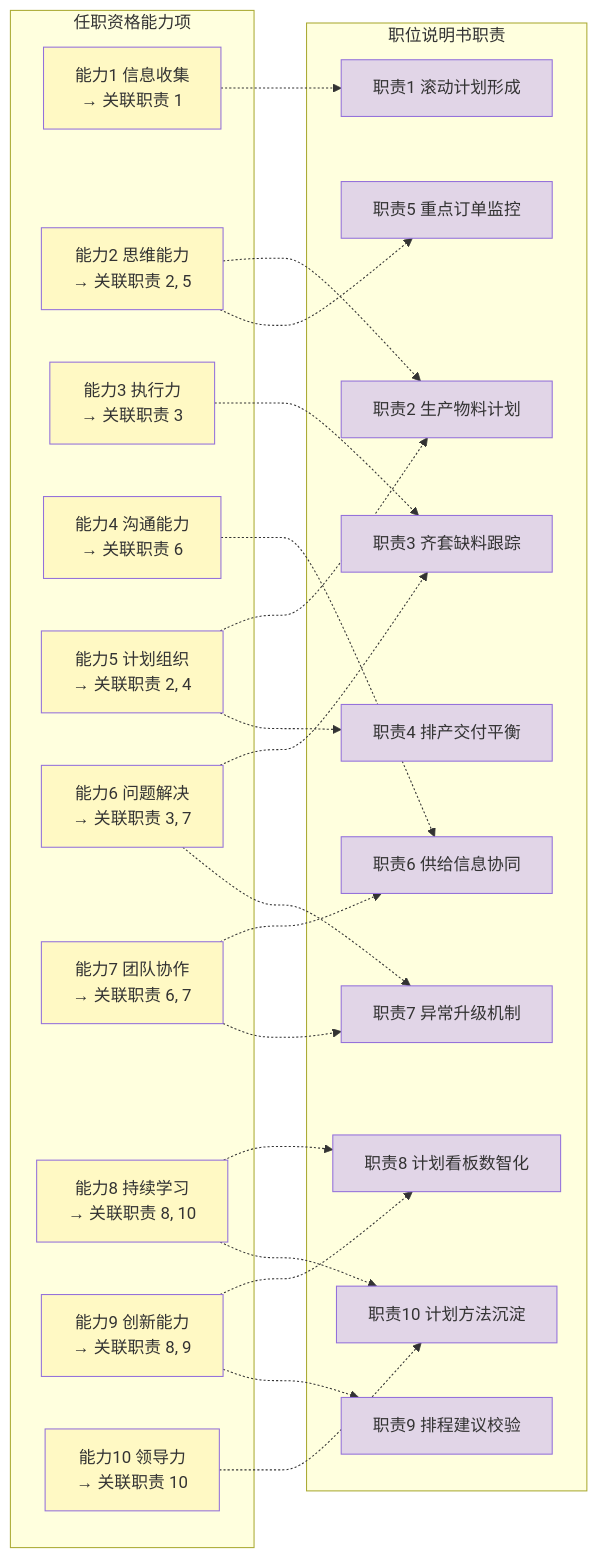
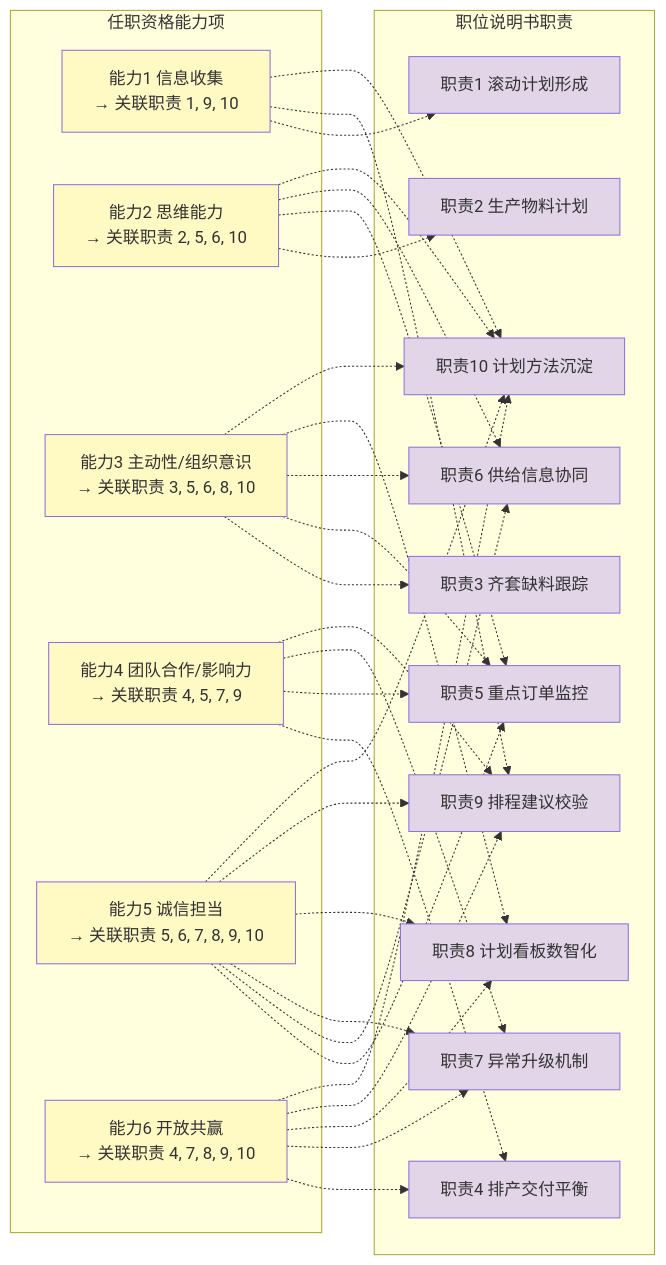
Before and after one commit to Pangbei-WQ/NLIVE-workspace: the fourth of 5 diagrams in raw/知识归档/知识档案/任职资格/PMC经理任职资格/05-关系图谱.md, drawn with Mermaid. The commit also changed other lines of this file and 2 other files, not shown here.

Commit message:
fix: overwrite stale 10-competency model in 05-relation-map to new 6-competency model per 03 standard

````diff
--- a/raw/知识归档/知识档案/任职资格/PMC经理任职资格/05-关系图谱.md
+++ b/raw/知识归档/知识档案/任职资格/PMC经理任职资格/05-关系图谱.md
@@ -172,60 +160,48 @@
 ```mermaid
 graph LR
     subgraph 任职资格能力项
-        Q1[能力1 信息收集<br/>→ 关联职责 1]
-        Q2[能力2 思维能力<br/>→ 关联职责 2, 5]
-        Q3[能力3 执行力<br/>→ 关联职责 3]
-        Q4[能力4 沟通能力<br/>→ 关联职责 6]
-        Q5[能力5 计划组织<br/>→ 关联职责 2, 4]
-        Q6[能力6 问题解决<br/>→ 关联职责 3, 7]
-        Q7[能力7 团队协作<br/>→ 关联职责 6, 7]
-        Q8[能力8 持续学习<br/>→ 关联职责 8, 10]
-        Q9[能力9 创新能力<br/>→ 关联职责 8, 9]
-        Q10[能力10 领导力<br/>→ 关联职责 10]
+        Q1[能力1 信息收集<br/>→ 关联职责 1, 9, 10]
+        Q2[能力2 思维能力<br/>→ 关联职责 2, 5, 6, 10]
+        Q3[能力3 主动性/组织意识<br/>→ 关联职责 3, 5, 6, 8, 10]
+        Q4[能力4 团队合作/影响力<br/>→ 关联职责 4, 5, 7, 9]
+        Q5[能力5 诚信担当<br/>→ 关联职责 5, 6, 7, 8, 9, 10]
+        Q6[能力6 开放共赢<br/>→ 关联职责 4, 7, 8, 9, 10]
     end
 
     subgraph 职位说明书职责
         J1[职责1 滚动计划形成]
         J2[职责2 生产物料计划]
         J3[职责3 齐套缺料跟踪]
         J4[职责4 排产交付平衡]
         J5[职责5 重点订单监控]
         J6[职责6 供给信息协同]
         J7[职责7 异常升级机制]
         J8[职责8 计划看板数智化]
         J9[职责9 排程建议校验]
         J10[职责10 计划方法沉淀]
     end
 
-    Q1 -.-> J1
-    Q2 -.-> J2 & J5
-    Q3 -.-> J3
-    Q4 -.-> J6
-    Q5 -.-> J2 & J4
-    Q6 -.-> J3 & J7
-    Q7 -.-> J6 & J7
-    Q8 -.-> J8 & J10
-    Q9 -.-> J8 & J9
-    Q10 -.-> J10
+    Q1 -.-> J1 & J9 & J10
+    Q2 -.-> J2 & J5 & J6 & J10
+    Q3 -.-> J3 & J5 & J6 & J8 & J10
+    Q4 -.-> J4 & J5 & J7 & J9
+    Q5 -.-> J5 & J6 & J7 & J8 & J9 & J10
+    Q6 -.-> J4 & J7 & J8 & J9 & J10
 
     style Q1 fill:#fff9c4
     style Q2 fill:#fff9c4
     style Q3 fill:#fff9c4
     style Q4 fill:#fff9c4
     style Q5 fill:#fff9c4
     style Q6 fill:#fff9c4
-    style Q7 fill:#fff9c4
-    style Q8 fill:#fff9c4
-    style Q9 fill:#fff9c4
-    style Q10 fill:#fff9c4
     style J1 fill:#e1d5e7
     style J2 fill:#e1d5e7
     style J3 fill:#e1d5e7
     style J4 fill:#e1d5e7
     style J5 fill:#e1d5e7
     style J6 fill:#e1d5e7
     style J7 fill:#e1d5e7
     style J8 fill:#e1d5e7
     style J9 fill:#e1d5e7
     style J10 fill:#e1d5e7
 ```
````
